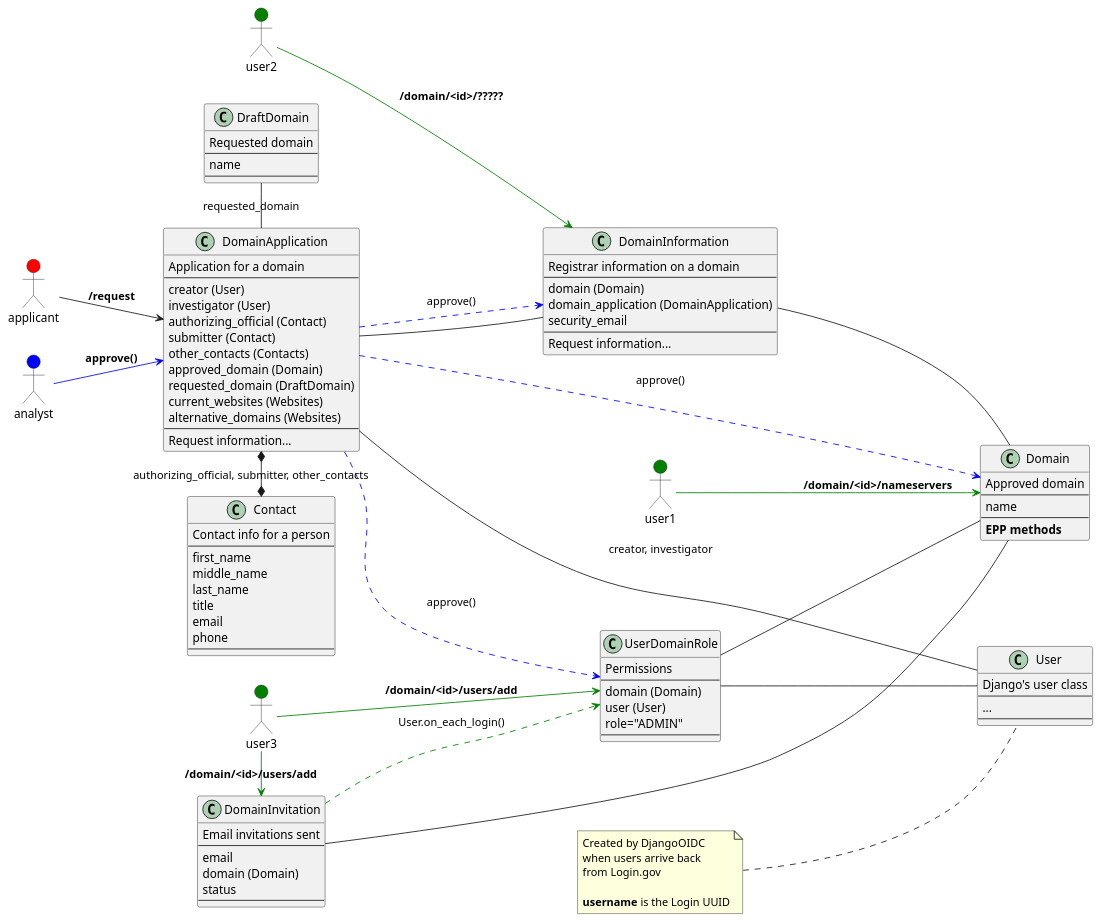
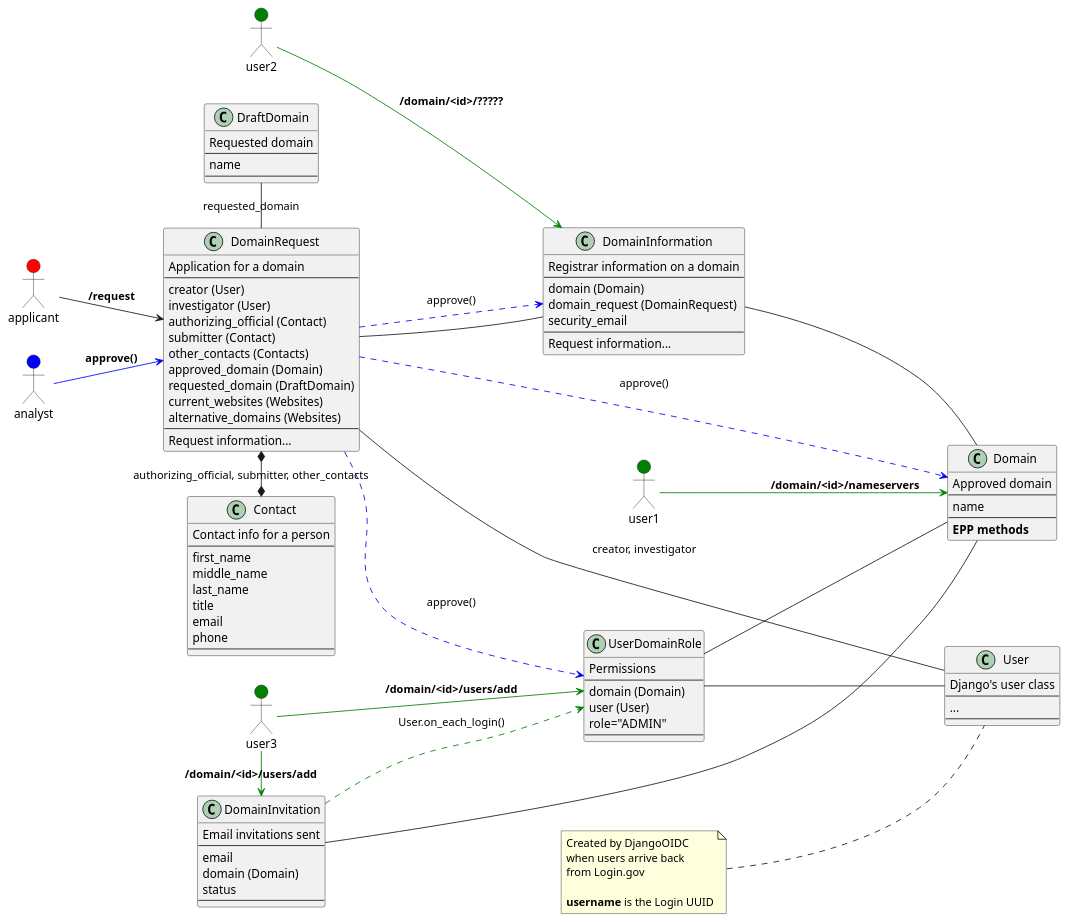
Before and after one commit to cisagov/manage.get.gov: the diagram in docs/architecture/diagrams/model_timeline.md, drawn with PlantUML. The commit also changed other lines of this file and 79 other files, not shown here.

Commit message:
Find-replace "domain application", "domain_application", "domain-application" with "domain request", "domain_request", "domain-request".  Preserved camel-cases through strict find-replace conditions.

```diff
--- a/docs/architecture/diagrams/model_timeline.md
+++ b/docs/architecture/diagrams/model_timeline.md
@@ -36,7 +36,7 @@
 allowmixing
 left to right direction
 
-class DomainApplication {
+class DomainRequest {
   Application for a domain
   --
   creator (User)
@@ -66,7 +66,7 @@
   <b>username</b> is the Login UUID
 end note
 
-DomainApplication -l- User : creator, investigator
+DomainRequest -l- User : creator, investigator
 
 class Contact {
   Contact info for a person
@@ -80,7 +80,7 @@
   --
 }
 
-DomainApplication *-r-* Contact : authorizing_official, submitter, other_contacts
+DomainRequest *-r-* Contact : authorizing_official, submitter, other_contacts
 
 class DraftDomain {
   Requested domain
@@ -89,7 +89,7 @@
   --
 }
 
-DomainApplication -l- DraftDomain : requested_domain
+DomainRequest -l- DraftDomain : requested_domain
 
 class Domain {
   Approved domain
@@ -99,21 +99,21 @@
   <b>EPP methods</b>
 }
 
-DomainApplication .right[#blue].> Domain : approve()
+DomainRequest .right[#blue].> Domain : approve()
 
 class DomainInformation {
   Registrar information on a domain
   --
   domain (Domain)
-  domain_application (DomainApplication)
+  domain_request (DomainRequest)
   security_email
   --
   Request information...
 }
 
 DomainInformation -- Domain
-DomainInformation -- DomainApplication
-DomainApplication .[#blue].> DomainInformation : approve()
+DomainInformation -- DomainRequest
+DomainRequest .[#blue].> DomainInformation : approve()
 
 class UserDomainRole {
   Permissions
@@ -125,7 +125,7 @@
 }
 UserDomainRole -- User
 UserDomainRole -- Domain
-DomainApplication .[#blue].> UserDomainRole : approve()
+DomainRequest .[#blue].> UserDomainRole : approve()
 
 class DomainInvitation {
   Email invitations sent
@@ -139,10 +139,10 @@
 DomainInvitation .[#green].> UserDomainRole : User.on_each_login()
 
 actor applicant #Red
-applicant -d-> DomainApplication : **/request**
+applicant -d-> DomainRequest : **/request**
 
 actor analyst #Blue
-analyst -[#blue]-> DomainApplication : **approve()**
+analyst -[#blue]-> DomainRequest : **approve()**
 
 actor user1 #Green
 user1 -[#green]-> Domain : **/domain/<id>/nameservers**
```
